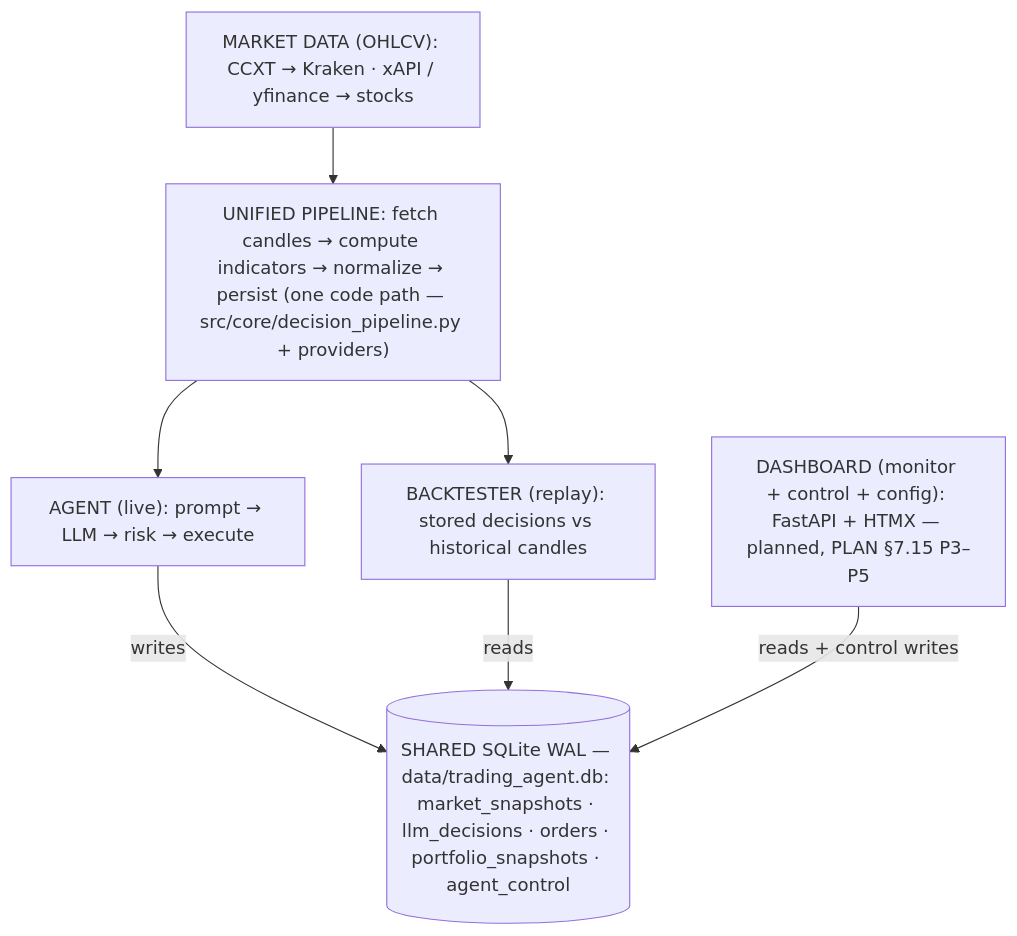
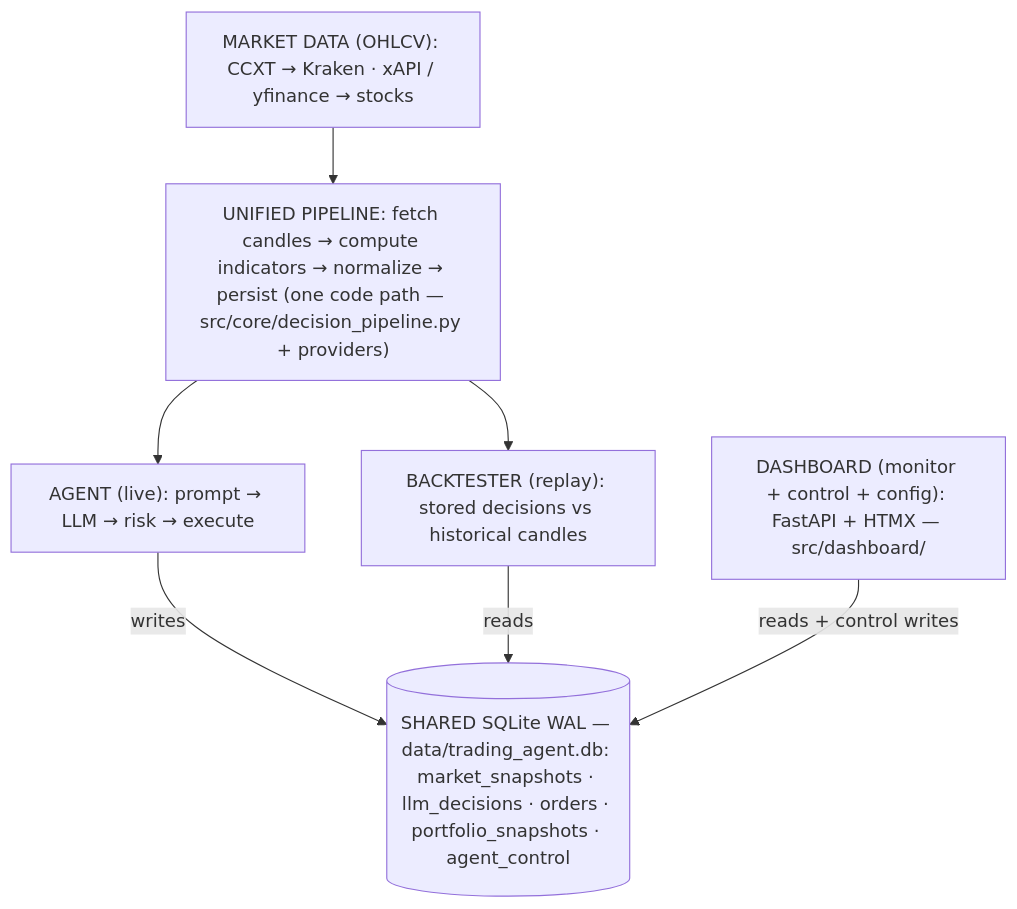
The sixth of 6 diagrams in ARCHITECTURE.md (BBlazej/smartyTrader), drawn with Mermaid before and after one commit. The commit also changed other lines of this file and 9 other files, not shown here.

First line of the commit message:
Add Docker/compose packaging (§7.15 P5) — dashboard + control item complete

````diff
--- a/ARCHITECTURE.md
+++ b/ARCHITECTURE.md
@@ -399,16 +399,16 @@
 ```mermaid
 flowchart TD
     MD["MARKET DATA (OHLCV): CCXT → Kraken · xAPI / yfinance → stocks"]
     UP["UNIFIED PIPELINE: fetch candles → compute indicators → normalize → persist (one code path — src/core/decision_pipeline.py + providers)"]
     AGENT["AGENT (live): prompt → LLM → risk → execute"]
     BT["BACKTESTER (replay): stored decisions vs historical candles"]
-    DASH["DASHBOARD (monitor + control + config): FastAPI + HTMX — planned, PLAN §7.15 P3–P5"]
+    DASH["DASHBOARD (monitor + control + config): FastAPI + HTMX — src/dashboard/"]
     DB[("SHARED SQLite WAL — data/trading_agent.db: market_snapshots · llm_decisions · orders · portfolio_snapshots · agent_control")]
 
     MD --> UP
     UP --> AGENT
     UP --> BT
     AGENT -- "writes" --> DB
     BT -- "reads" --> DB
     DASH -- "reads + control writes" --> DB
 ```
````
